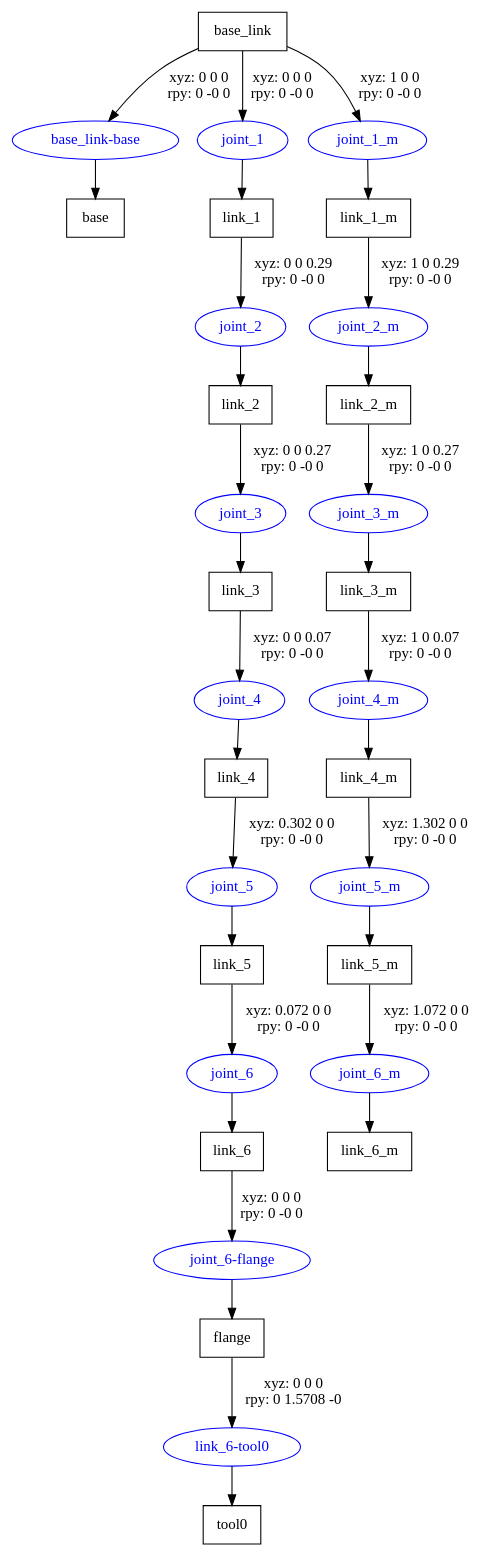
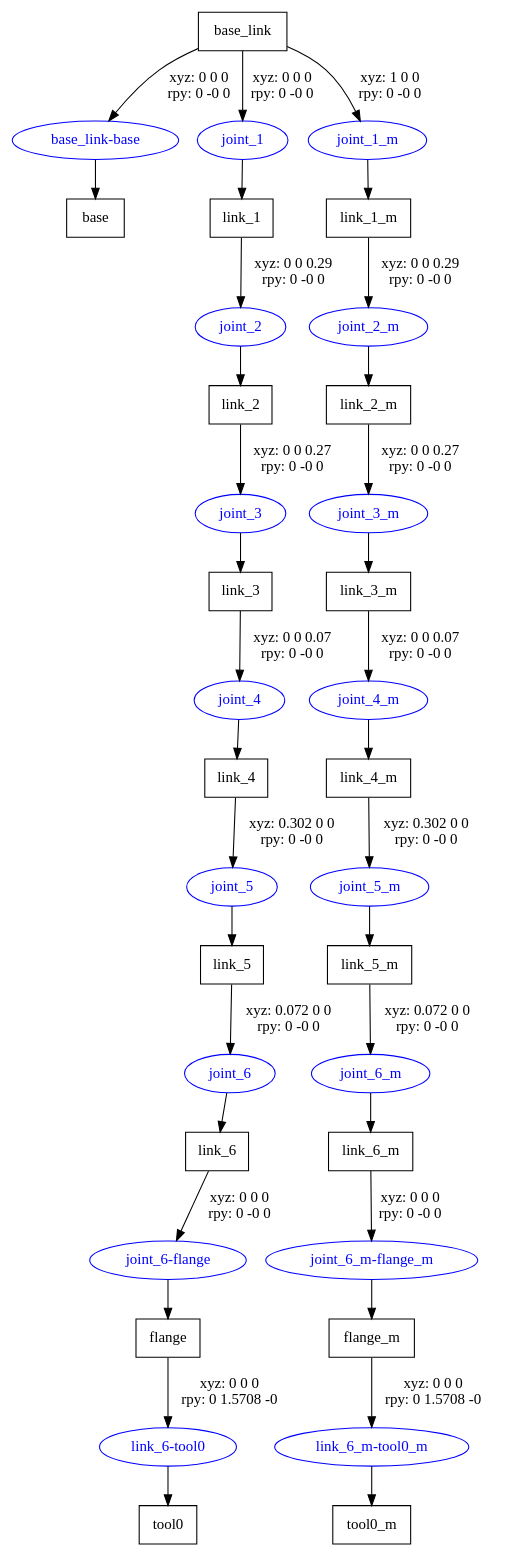
The diagram in abb_irb120_support/urdf/abb_irb120_3_58.gv (raghavvs/test_irb120), drawn with Graphviz before and after one commit. The commit also changed 6 other files, not shown here.

```diff
--- a/abb_irb120_support/urdf/abb_irb120_3_58.gv
+++ b/abb_irb120_support/urdf/abb_irb120_3_58.gv
@@ -1,50 +1,56 @@
 digraph G {
 node [shape=box];
 "base_link" [label="base_link"];
 "base" [label="base"];
 "link_1" [label="link_1"];
 "link_2" [label="link_2"];
 "link_3" [label="link_3"];
 "link_4" [label="link_4"];
 "link_5" [label="link_5"];
 "link_6" [label="link_6"];
 "flange" [label="flange"];
 "tool0" [label="tool0"];
 "link_1_m" [label="link_1_m"];
 "link_2_m" [label="link_2_m"];
 "link_3_m" [label="link_3_m"];
 "link_4_m" [label="link_4_m"];
 "link_5_m" [label="link_5_m"];
 "link_6_m" [label="link_6_m"];
+"flange_m" [label="flange_m"];
+"tool0_m" [label="tool0_m"];
 node [shape=ellipse, color=blue, fontcolor=blue];
 "base_link" -> "base_link-base" [label="xyz: 0 0 0 \nrpy: 0 -0 0"]
 "base_link-base" -> "base"
 "base_link" -> "joint_1" [label="xyz: 0 0 0 \nrpy: 0 -0 0"]
 "joint_1" -> "link_1"
 "link_1" -> "joint_2" [label="xyz: 0 0 0.29 \nrpy: 0 -0 0"]
 "joint_2" -> "link_2"
 "link_2" -> "joint_3" [label="xyz: 0 0 0.27 \nrpy: 0 -0 0"]
 "joint_3" -> "link_3"
 "link_3" -> "joint_4" [label="xyz: 0 0 0.07 \nrpy: 0 -0 0"]
 "joint_4" -> "link_4"
 "link_4" -> "joint_5" [label="xyz: 0.302 0 0 \nrpy: 0 -0 0"]
 "joint_5" -> "link_5"
 "link_5" -> "joint_6" [label="xyz: 0.072 0 0 \nrpy: 0 -0 0"]
 "joint_6" -> "link_6"
 "link_6" -> "joint_6-flange" [label="xyz: 0 0 0 \nrpy: 0 -0 0"]
 "joint_6-flange" -> "flange"
 "flange" -> "link_6-tool0" [label="xyz: 0 0 0 \nrpy: 0 1.5708 -0"]
 "link_6-tool0" -> "tool0"
 "base_link" -> "joint_1_m" [label="xyz: 1 0 0 \nrpy: 0 -0 0"]
 "joint_1_m" -> "link_1_m"
-"link_1_m" -> "joint_2_m" [label="xyz: 1 0 0.29 \nrpy: 0 -0 0"]
+"link_1_m" -> "joint_2_m" [label="xyz: 0 0 0.29 \nrpy: 0 -0 0"]
 "joint_2_m" -> "link_2_m"
-"link_2_m" -> "joint_3_m" [label="xyz: 1 0 0.27 \nrpy: 0 -0 0"]
+"link_2_m" -> "joint_3_m" [label="xyz: 0 0 0.27 \nrpy: 0 -0 0"]
 "joint_3_m" -> "link_3_m"
-"link_3_m" -> "joint_4_m" [label="xyz: 1 0 0.07 \nrpy: 0 -0 0"]
+"link_3_m" -> "joint_4_m" [label="xyz: 0 0 0.07 \nrpy: 0 -0 0"]
 "joint_4_m" -> "link_4_m"
-"link_4_m" -> "joint_5_m" [label="xyz: 1.302 0 0 \nrpy: 0 -0 0"]
+"link_4_m" -> "joint_5_m" [label="xyz: 0.302 0 0 \nrpy: 0 -0 0"]
 "joint_5_m" -> "link_5_m"
-"link_5_m" -> "joint_6_m" [label="xyz: 1.072 0 0 \nrpy: 0 -0 0"]
+"link_5_m" -> "joint_6_m" [label="xyz: 0.072 0 0 \nrpy: 0 -0 0"]
 "joint_6_m" -> "link_6_m"
+"link_6_m" -> "joint_6_m-flange_m" [label="xyz: 0 0 0 \nrpy: 0 -0 0"]
+"joint_6_m-flange_m" -> "flange_m"
+"flange_m" -> "link_6_m-tool0_m" [label="xyz: 0 0 0 \nrpy: 0 1.5708 -0"]
+"link_6_m-tool0_m" -> "tool0_m"
 }
```
